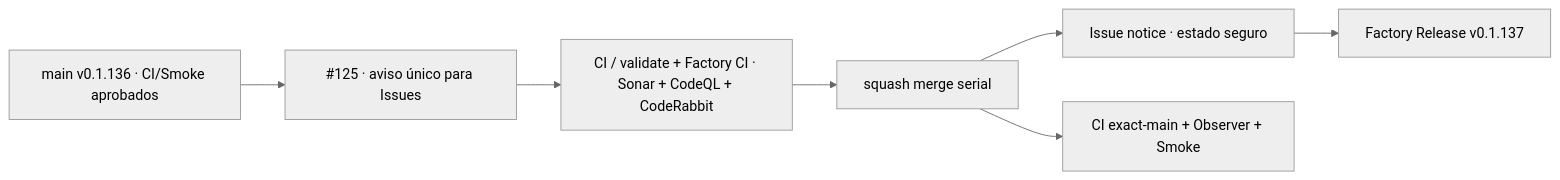
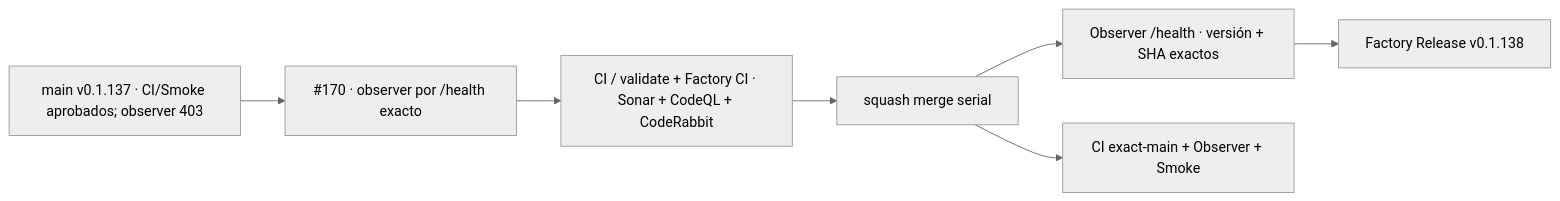
One commit to pl0n3r/GrindFlow changed the diagram in README.md. Above: the diagram before and after it, drawn with Mermaid (neutral theme). The commit also changed other lines of this file, not shown here.

Commit message:
docs: snapshot observer v0.1.138

````diff
--- a/README.md
+++ b/README.md
@@ -47,9 +47,9 @@
 ```mermaid
 flowchart LR
-  A["main v0.1.136 · CI/Smoke aprobados"] --> P["#125 · aviso único para Issues"]
+  A["main v0.1.137 · CI/Smoke aprobados; observer 403"] --> P["#170 · observer por /health exacto"]
   P --> Q["CI / validate + Factory CI · Sonar + CodeQL + CodeRabbit"]
   Q --> M["squash merge serial"]
-  M --> F["Issue notice · estado seguro"]
-  F --> R["Factory Release v0.1.137"]
+  M --> F["Observer /health · versión + SHA exactos"]
+  F --> R["Factory Release v0.1.138"]
   M --> X["CI exact-main + Observer + Smoke"]
 ```
````
